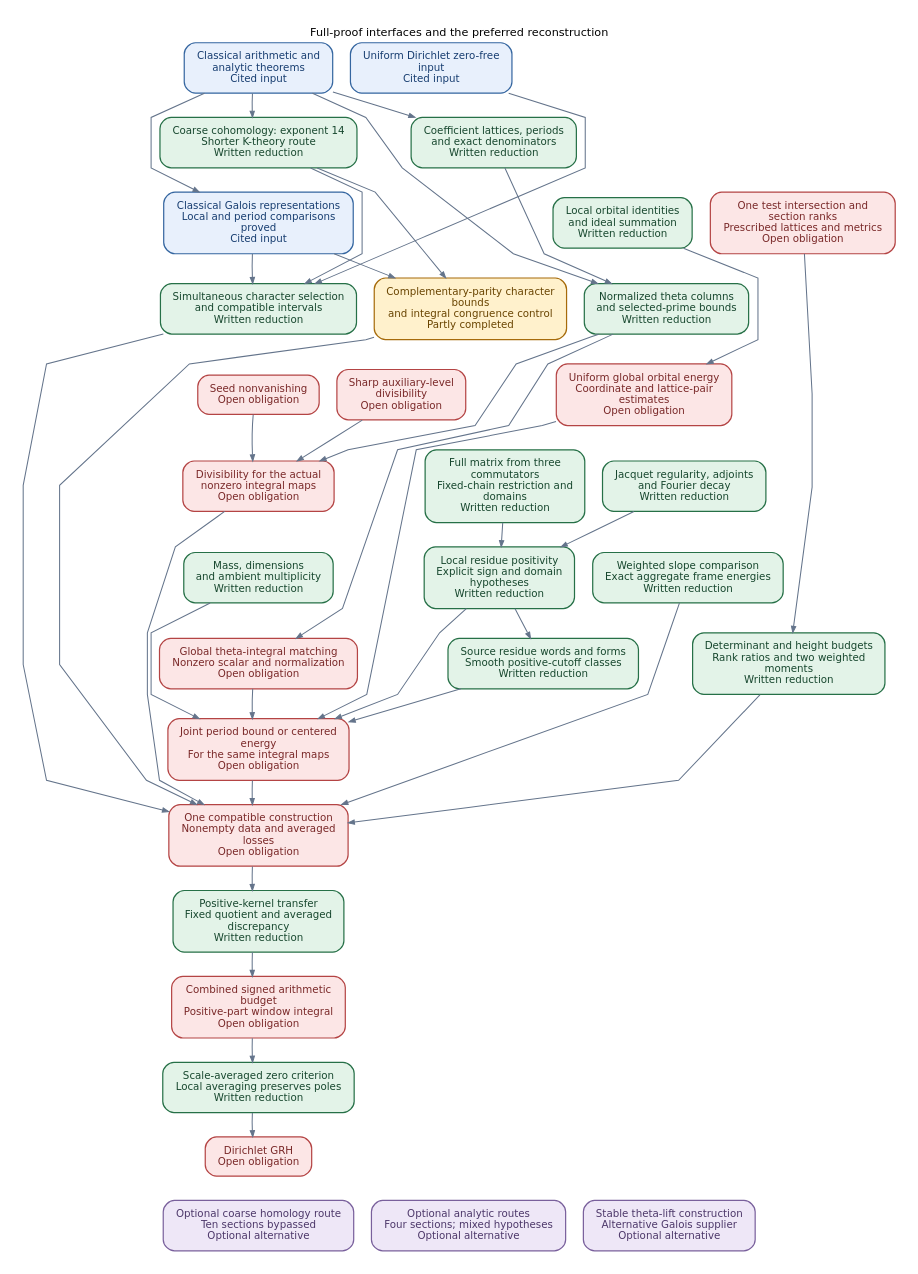
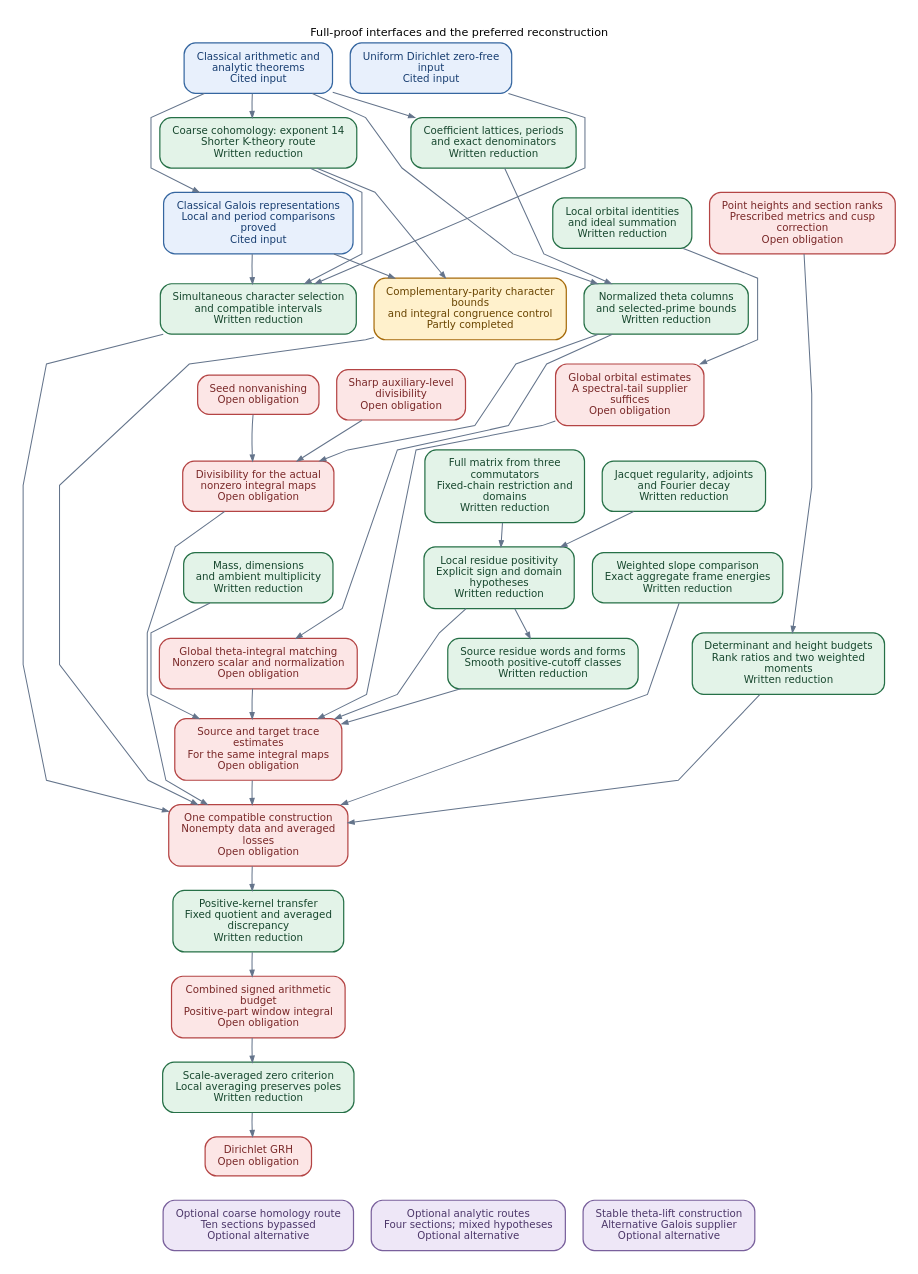
One commit to JoseBrox/GRH_distillation changed the diagram in blueprint/technical.dot. Above: the diagram before and after it, drawn with Graphviz. The commit also changed 58 other files, not shown here.

Commit message:
Integrate trace and point-height reductions into concurrent RH and GRH manuscripts

```diff
--- a/blueprint/technical.dot
+++ b/blueprint/technical.dot
@@ -1,119 +1,119 @@
 digraph proof {
 graph [rankdir=TB, bgcolor="white", pad="0.24", nodesep="0.30", ranksep="0.48",
   fontname="DejaVu Sans", fontsize=12, labelloc=t, label="Full-proof interfaces and the preferred reconstruction", splines=polyline];
 node [shape=box, style="rounded,filled", fontname="DejaVu Sans", fontsize=11,
   margin="0.18,0.12", penwidth=1.3];
 edge [color="#64748B", penwidth=1.1, arrowsize=0.65];
 graph [nodesep="0.26", ranksep="0.36"];
 "qrh" [label="Uniform Dirichlet zero-free\ninput\nCited input", fillcolor="#E8F0FC", color="#3566A0", fontcolor="#173D70"];
 "classical" [label="Classical arithmetic and\nanalytic theorems\nCited input", fillcolor="#E8F0FC", color="#3566A0", fontcolor="#173D70"];
 "selection" [label="Simultaneous character selection\nand compatible intervals\nWritten reduction", fillcolor="#E3F3E8", color="#267047", fontcolor="#17472E"];
 "coarse" [label="Coarse cohomology: exponent 14\nShorter K-theory route\nWritten reduction", fillcolor="#E3F3E8", color="#267047", fontcolor="#17472E"];
 "refined" [label="Complementary-parity character\nbounds\nand integral congruence control\nPartly completed", fillcolor="#FFF1CC", color="#A66B0B", fontcolor="#694400"];
 "coefficients" [label="Coefficient lattices, periods\nand exact denominators\nWritten reduction", fillcolor="#E3F3E8", color="#267047", fontcolor="#17472E"];
 "theta" [label="Normalized theta columns\nand selected-prime bounds\nWritten reduction", fillcolor="#E3F3E8", color="#267047", fontcolor="#17472E"];
 "seed" [label="Seed nonvanishing\nOpen obligation", fillcolor="#FCE6E6", color="#B44444", fontcolor="#792828"];
 "level" [label="Sharp auxiliary-level\ndivisibility\nOpen obligation", fillcolor="#FCE6E6", color="#B44444", fontcolor="#792828"];
 "divisibility" [label="Divisibility for the actual\nnonzero integral maps\nOpen obligation", fillcolor="#FCE6E6", color="#B44444", fontcolor="#792828"];
 "local_orbits" [label="Local orbital identities\nand ideal summation\nWritten reduction", fillcolor="#E3F3E8", color="#267047", fontcolor="#17472E"];
-"global_orbits" [label="Uniform global orbital energy\nCoordinate and lattice-pair\nestimates\nOpen obligation", fillcolor="#FCE6E6", color="#B44444", fontcolor="#792828"];
+"global_orbits" [label="Global orbital estimates\nA spectral-tail supplier\nsuffices\nOpen obligation", fillcolor="#FCE6E6", color="#B44444", fontcolor="#792828"];
 "dimensions" [label="Mass, dimensions\nand ambient multiplicity\nWritten reduction", fillcolor="#E3F3E8", color="#267047", fontcolor="#17472E"];
 "matrix" [label="Full matrix from three\ncommutators\nFixed-chain restriction and\ndomains\nWritten reduction", fillcolor="#E3F3E8", color="#267047", fontcolor="#17472E"];
 "jacquet" [label="Jacquet regularity, adjoints\nand Fourier decay\nWritten reduction", fillcolor="#E3F3E8", color="#267047", fontcolor="#17472E"];
 "residue" [label="Local residue positivity\nExplicit sign and domain\nhypotheses\nWritten reduction", fillcolor="#E3F3E8", color="#267047", fontcolor="#17472E"];
-"norms" [label="Joint period bound or centered\nenergy\nFor the same integral maps\nOpen obligation", fillcolor="#FCE6E6", color="#B44444", fontcolor="#792828"];
+"norms" [label="Source and target trace\nestimates\nFor the same integral maps\nOpen obligation", fillcolor="#FCE6E6", color="#B44444", fontcolor="#792828"];
 "slope" [label="Weighted slope comparison\nExact aggregate frame energies\nWritten reduction", fillcolor="#E3F3E8", color="#267047", fontcolor="#17472E"];
 "compatible" [label="One compatible construction\nNonempty data and averaged\nlosses\nOpen obligation", fillcolor="#FCE6E6", color="#B44444", fontcolor="#792828"];
 "bound" [label="Combined signed arithmetic\nbudget\nPositive-part window integral\nOpen obligation", fillcolor="#FCE6E6", color="#B44444", fontcolor="#792828"];
 "criterion" [label="Scale-averaged zero criterion\nLocal averaging preserves poles\nWritten reduction", fillcolor="#E3F3E8", color="#267047", fontcolor="#17472E"];
 "grh" [label="Dirichlet GRH\nOpen obligation", fillcolor="#FCE6E6", color="#B44444", fontcolor="#792828"];
 "alt_homology" [label="Optional coarse homology route\nTen sections bypassed\nOptional alternative", fillcolor="#EEE7F7", color="#79609C", fontcolor="#4C3769"];
 "alt_analytic" [label="Optional analytic routes\nFour sections; mixed hypotheses\nOptional alternative", fillcolor="#EEE7F7", color="#79609C", fontcolor="#4C3769"];
 "galois" [label="Classical Galois representations\nLocal and period comparisons\nproved\nCited input", fillcolor="#E8F0FC", color="#3566A0", fontcolor="#173D70"];
 "stable_lift" [label="Stable theta-lift construction\nAlternative Galois supplier\nOptional alternative", fillcolor="#EEE7F7", color="#79609C", fontcolor="#4C3769"];
 "theta_identity" [label="Global theta-integral matching\nNonzero scalar and normalization\nOpen obligation", fillcolor="#FCE6E6", color="#B44444", fontcolor="#792828"];
-"geometry" [label="One test intersection and\nsection ranks\nPrescribed lattices and metrics\nOpen obligation", fillcolor="#FCE6E6", color="#B44444", fontcolor="#792828"];
+"geometry" [label="Point heights and section ranks\nPrescribed metrics and cusp\ncorrection\nOpen obligation", fillcolor="#FCE6E6", color="#B44444", fontcolor="#792828"];
 "source_dictionary" [label="Source residue words and forms\nSmooth positive-cutoff classes\nWritten reduction", fillcolor="#E3F3E8", color="#267047", fontcolor="#17472E"];
 "covolume_defect" [label="Determinant and height budgets\nRank ratios and two weighted\nmoments\nWritten reduction", fillcolor="#E3F3E8", color="#267047", fontcolor="#17472E"];
 "averaging" [label="Positive-kernel transfer\nFixed quotient and averaged\ndiscrepancy\nWritten reduction", fillcolor="#E3F3E8", color="#267047", fontcolor="#17472E"];
 "qrh" -> "selection";
 "classical" -> "coarse";
 "coarse" -> "selection";
 "coarse" -> "refined";
 "classical" -> "coefficients";
 "classical" -> "theta";
 "coefficients" -> "theta";
 "theta" -> "divisibility";
 "seed" -> "divisibility";
 "level" -> "divisibility";
 "local_orbits" -> "global_orbits";
 "global_orbits" -> "norms";
 "dimensions" -> "norms";
 "matrix" -> "residue";
 "jacquet" -> "residue";
 "residue" -> "norms";
 "selection" -> "compatible";
 "refined" -> "compatible";
 "divisibility" -> "compatible";
 "norms" -> "compatible";
 "slope" -> "compatible";
 "bound" -> "criterion";
 "criterion" -> "grh";
 "galois" -> "selection";
 "galois" -> "refined";
 "theta" -> "theta_identity";
 "theta_identity" -> "norms";
 "residue" -> "source_dictionary";
 "source_dictionary" -> "norms";
 "geometry" -> "covolume_defect";
 "covolume_defect" -> "compatible";
 "compatible" -> "averaging";
 "averaging" -> "bound";
 "classical" -> "galois";
 {rank=same; "classical"; "qrh";}
 {rank=same; "coarse"; "coefficients";}
 {rank=same; "galois"; "local_orbits"; "geometry";}
 {rank=same; "selection"; "refined"; "theta";}
 {rank=same; "seed"; "level"; "global_orbits";}
 {rank=same; "divisibility"; "matrix"; "jacquet";}
 {rank=same; "dimensions"; "residue"; "slope";}
 {rank=same; "theta_identity"; "source_dictionary"; "covolume_defect";}
 {rank=same; "norms";}
 {rank=same; "compatible";}
 {rank=same; "averaging";}
 {rank=same; "bound";}
 {rank=same; "criterion";}
 {rank=same; "grh";}
 {rank=same; "alt_homology"; "alt_analytic"; "stable_lift";}
 // Invisible edges below control layout only; they are not proof interfaces.
 "classical" -> "qrh" [style=invis, weight=50];
 "coarse" -> "coefficients" [style=invis, weight=50];
 "galois" -> "local_orbits" [style=invis, weight=50];
 "local_orbits" -> "geometry" [style=invis, weight=50];
 "selection" -> "refined" [style=invis, weight=50];
 "refined" -> "theta" [style=invis, weight=50];
 "seed" -> "level" [style=invis, weight=50];
 "level" -> "global_orbits" [style=invis, weight=50];
 "divisibility" -> "matrix" [style=invis, weight=50];
 "matrix" -> "jacquet" [style=invis, weight=50];
 "dimensions" -> "residue" [style=invis, weight=50];
 "residue" -> "slope" [style=invis, weight=50];
 "theta_identity" -> "source_dictionary" [style=invis, weight=50];
 "source_dictionary" -> "covolume_defect" [style=invis, weight=50];
 "alt_homology" -> "alt_analytic" [style=invis, weight=50];
 "alt_analytic" -> "stable_lift" [style=invis, weight=50];
 "classical" -> "coarse" [style=invis, weight=50];
 "coarse" -> "galois" [style=invis, weight=50];
 "galois" -> "selection" [style=invis, weight=50];
 "selection" -> "seed" [style=invis, weight=50];
 "seed" -> "divisibility" [style=invis, weight=50];
 "divisibility" -> "dimensions" [style=invis, weight=50];
 "dimensions" -> "theta_identity" [style=invis, weight=50];
 "theta_identity" -> "norms" [style=invis, weight=50];
 "norms" -> "compatible" [style=invis, weight=50];
 "compatible" -> "averaging" [style=invis, weight=50];
 "averaging" -> "bound" [style=invis, weight=50];
 "bound" -> "criterion" [style=invis, weight=50];
 "criterion" -> "grh" [style=invis, weight=50];
 "grh" -> "alt_homology" [style=invis, weight=50];
 }
```
